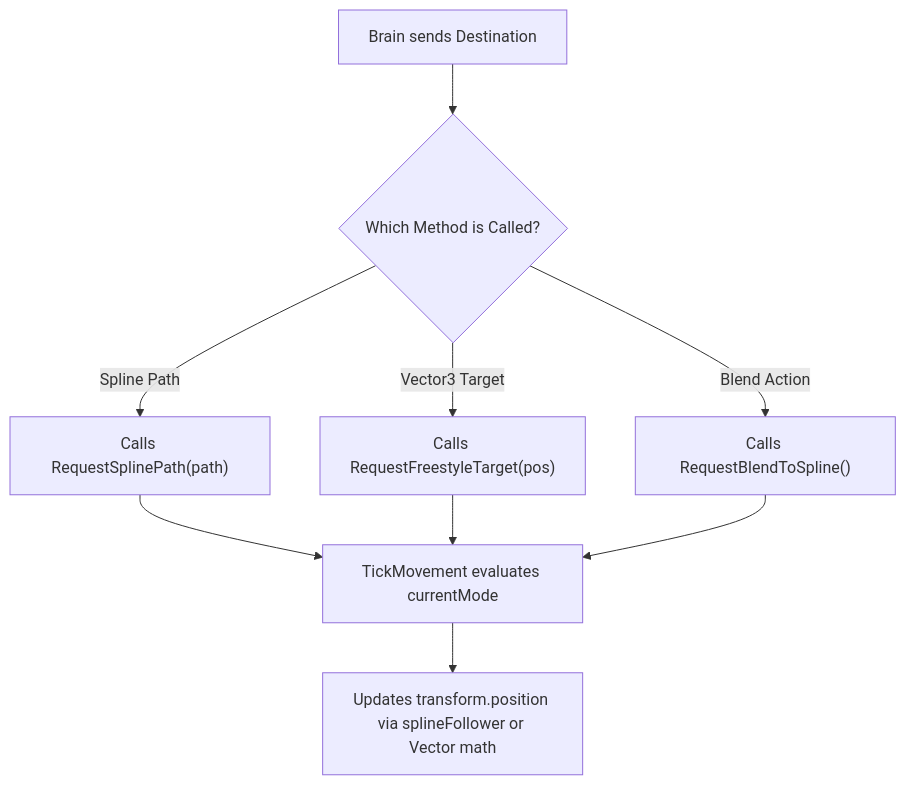
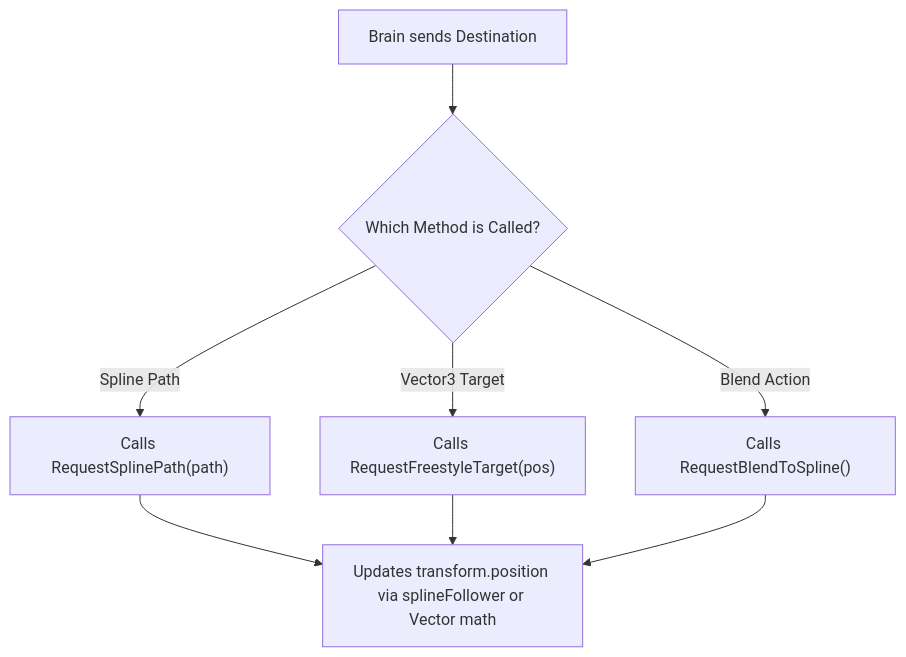
Before and after one commit to NatalieC001/ObiRopeTest: the third of 4 diagrams in Dragon_Architecture_Blueprint.md, drawn with Mermaid. The commit also changed other lines of this file and 1 other file, not shown here.

````diff
--- a/Dragon_Architecture_Blueprint.md
+++ b/Dragon_Architecture_Blueprint.md
@@ -102,13 +105,13 @@
 ```mermaid
 graph TD
-    Brain[Brain sends Destination] --> Input{Which Method is Called?}
+    Brain["Brain sends Destination"] --> Input{"Which Method is Called?"}
     Input -- Spline Path --> SplineMethod["Calls RequestSplinePath(path)"]
     Input -- Vector3 Target --> FreeMethod["Calls RequestFreestyleTarget(pos)"]
     Input -- Blend Action --> BlendMethod["Calls RequestBlendToSpline()"]
 
-    SplineMethod --> Tick[TickMovement evaluates currentMode]
+    SplineMethod --> Tick["TickMovement evaluates currentMode"]
     FreeMethod --> Tick
     BlendMethod --> Tick
 
-    Tick --> Move[Updates transform.position via splineFollower or Vector math]
+    Tick["Updates transform.position via splineFollower or Vector math"]
 ```
````
